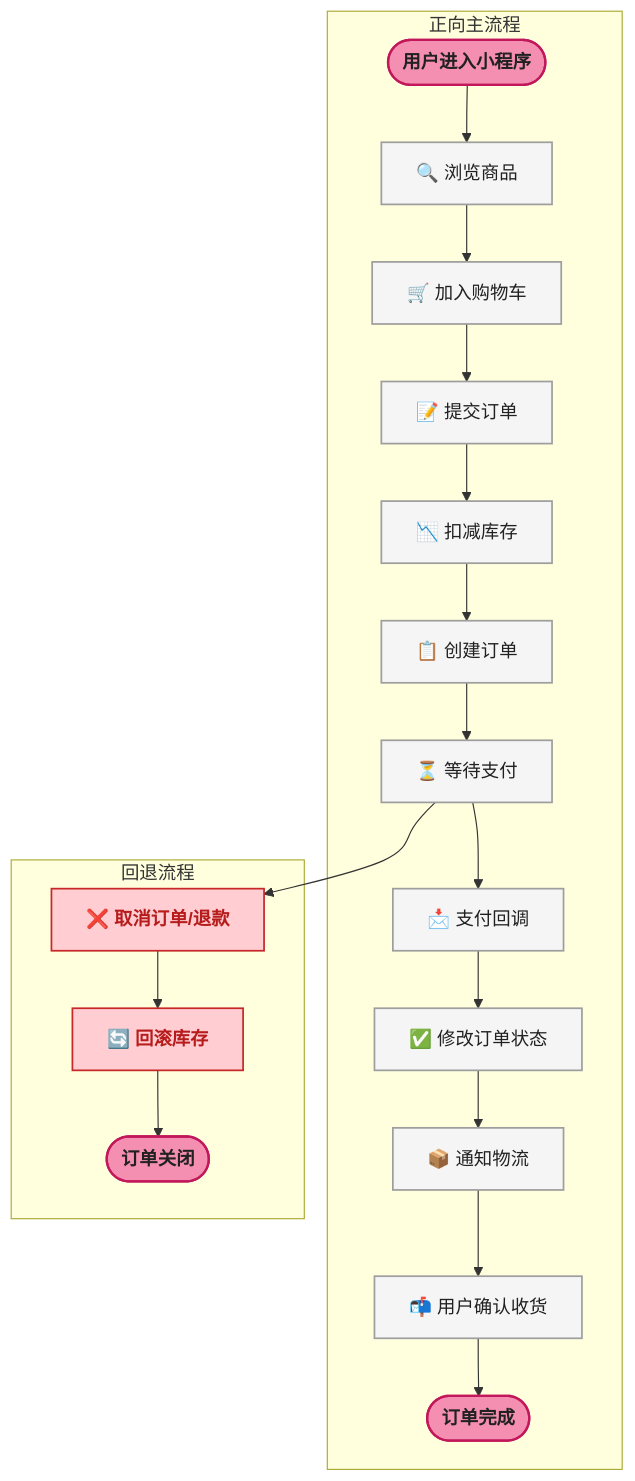
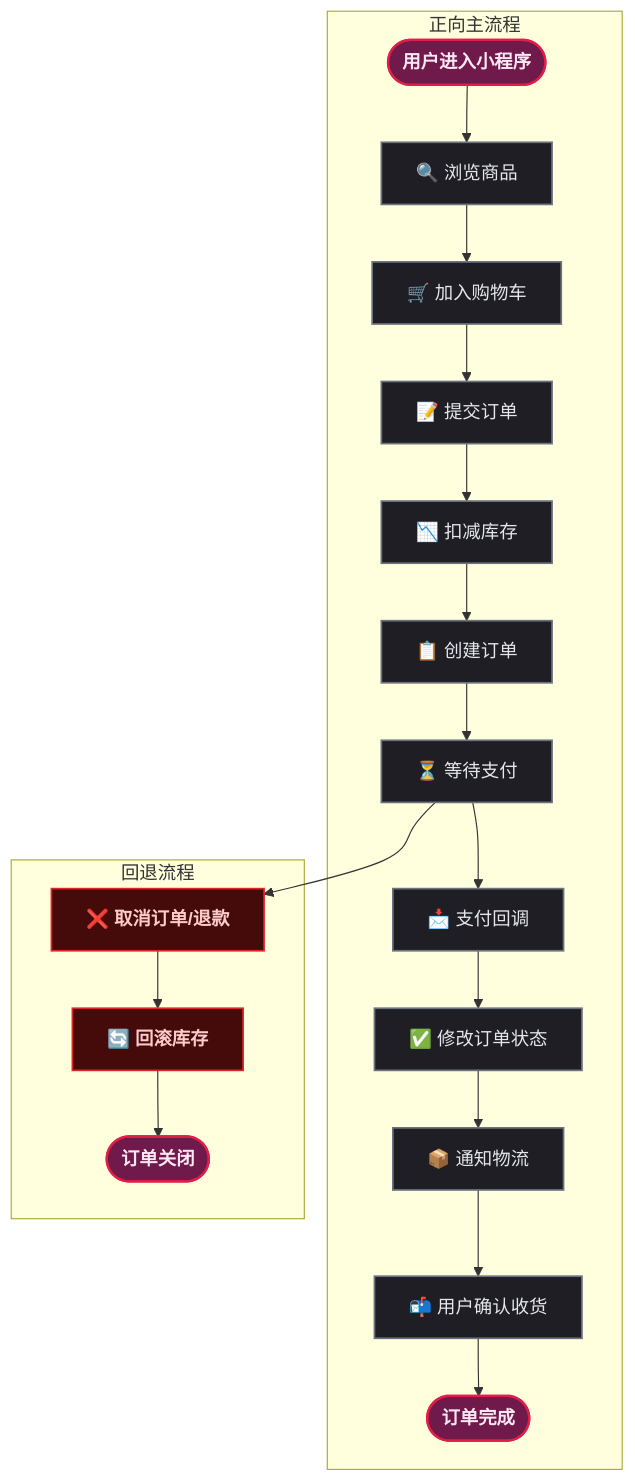
Before and after one commit to yaocat55/yaocat55.github.io: the first of 10 diagrams in content/posts/architecture/EcommerceSystemArchitecture.md, drawn with Mermaid. The commit also changed other lines of this file and 155 other files, not shown here.

````diff
--- a/content/posts/architecture/EcommerceSystemArchitecture.md
+++ b/content/posts/architecture/EcommerceSystemArchitecture.md
@@ -70,41 +70,41 @@
 ```mermaid
 flowchart TD
     %% ==========================================
     %% 样式定义
     %% ==========================================
-    classDef startEnd fill:#F48FB1,stroke:#C2185B,stroke-width:2px,color:#212121,font-weight:bold;
-    classDef process fill:#F5F5F5,stroke:#9E9E9E,stroke-width:1.5px,color:#212121;
-    classDef condition fill:#E1BEE7,stroke:#7B1FA2,stroke-width:1.5px,color:#212121,font-weight:bold;
-    classDef reject fill:#FFCDD2,stroke:#C62828,stroke-width:1.5px,color:#B71C1C,font-weight:bold;
-    classDef data fill:#C8E6C9,stroke:#388E3C,stroke-width:1.5px,color:#1B5E20,font-weight:bold;
+classDef startEnd fill:#701a4c,stroke:#e11d48,stroke-width:2px,color:#fce7f3,font-weight:bold;;
+classDef process fill:#1e1e24,stroke:#6b7280,stroke-width:1.5px,color:#e5e7eb;
+classDef condition fill:#2a1147,stroke:#a855f7,stroke-width:1.5px,color:#ede9fe,font-weight:bold;;
+classDef reject fill:#450a0a,stroke:#dc2626,stroke-width:1.5px,color:#fecaca,font-weight:bold;;
+classDef data fill:#052e16,stroke:#16a34a,stroke-width:1.5px,color:#bbf7d0,font-weight:bold;;
 
     %% ==========================================
     %% 正向流程
     %% ==========================================
     subgraph MAIN_FLOW ["正向主流程"]
         START([用户进入小程序]) --> BROWSE[🔍 浏览商品]
         BROWSE --> CART[🛒 加入购物车]
         CART --> SUBMIT[📝 提交订单]
         SUBMIT --> DEDUCT[📉 扣减库存]
         DEDUCT --> CREATE[📋 创建订单]
         CREATE --> WAIT_PAY[⏳ 等待支付]
         WAIT_PAY --> CALLBACK[📩 支付回调]
         CALLBACK --> UPDATE[✅ 修改订单状态]
         UPDATE --> NOTIFY[📦 通知物流]
         NOTIFY --> CONFIRM[📬 用户确认收货]
         CONFIRM --> DONE([订单完成])
     end
 
     %% ==========================================
     %% 回退流程
     %% ==========================================
     subgraph ROLLBACK_FLOW ["回退流程"]
         WAIT_PAY --> CANCEL[❌ 取消订单/退款]
         CANCEL --> ROLLBACK[🔄 回滚库存]
         ROLLBACK --> CLOSE([订单关闭])
     end
 
     class START,DONE,CLOSE startEnd;
     class BROWSE,CART,SUBMIT,DEDUCT,CREATE,WAIT_PAY,CALLBACK,UPDATE,NOTIFY,CONFIRM process;
     class CANCEL,ROLLBACK reject;
 ```
````
